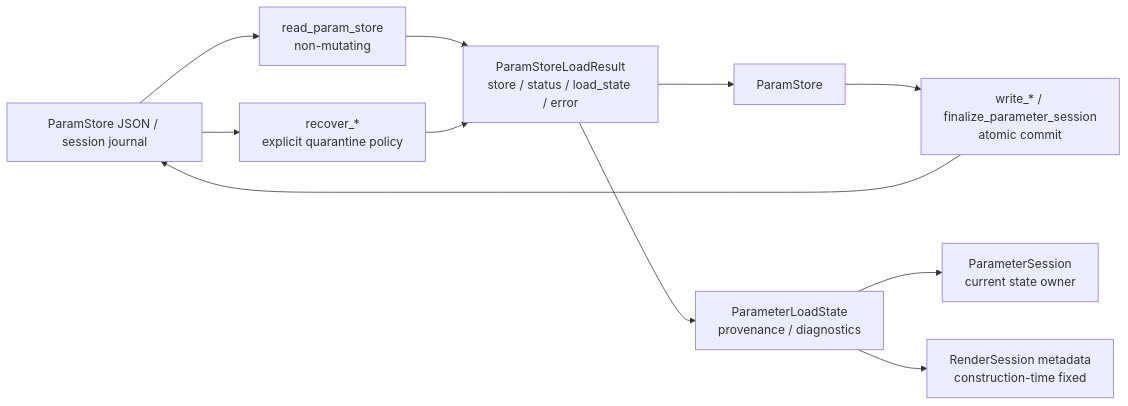
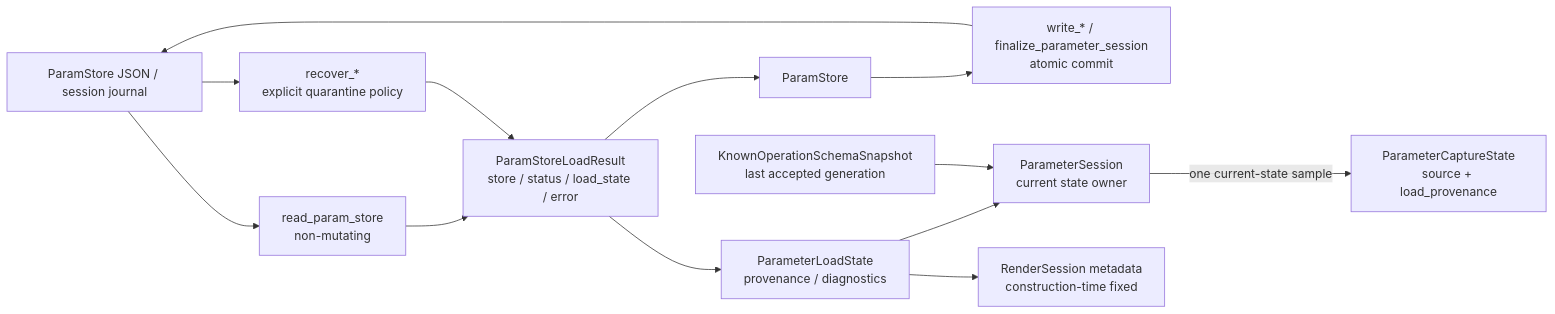
One commit to tyhts0829/graft changed diagram 15 of 25 in docs/architecture_visualization.md. Above: the diagram before and after it, drawn with Mermaid. The commit also changed other lines of this file and 135 other files, not shown here.

````diff
--- a/docs/architecture_visualization.md
+++ b/docs/architecture_visualization.md
@@ -403,20 +440,24 @@
 ```mermaid
 flowchart LR
     file["ParamStore JSON / session journal"]
     read["read_param_store<br/>non-mutating"]
     recover["recover_*<br/>explicit quarantine policy"]
     result["ParamStoreLoadResult<br/>store / status / load_state / error"]
     loadstate["ParameterLoadState<br/>provenance / diagnostics"]
+    schema["KnownOperationSchemaSnapshot<br/>last accepted generation"]
+    capture["ParameterCaptureState<br/>source + load_provenance"]
     commit["write_* / finalize_parameter_session<br/>atomic commit"]
     store2["ParamStore"]
     interactive["ParameterSession<br/>current state owner"]
     headless["RenderSession metadata<br/>construction-time fixed"]
 
     file --> read --> result
     file --> recover --> result
     result --> store2
     result --> loadstate
     loadstate --> interactive
+    schema --> interactive
+    interactive -->|"one current-state sample"| capture
     loadstate --> headless
     store2 --> commit --> file
 ```
````
